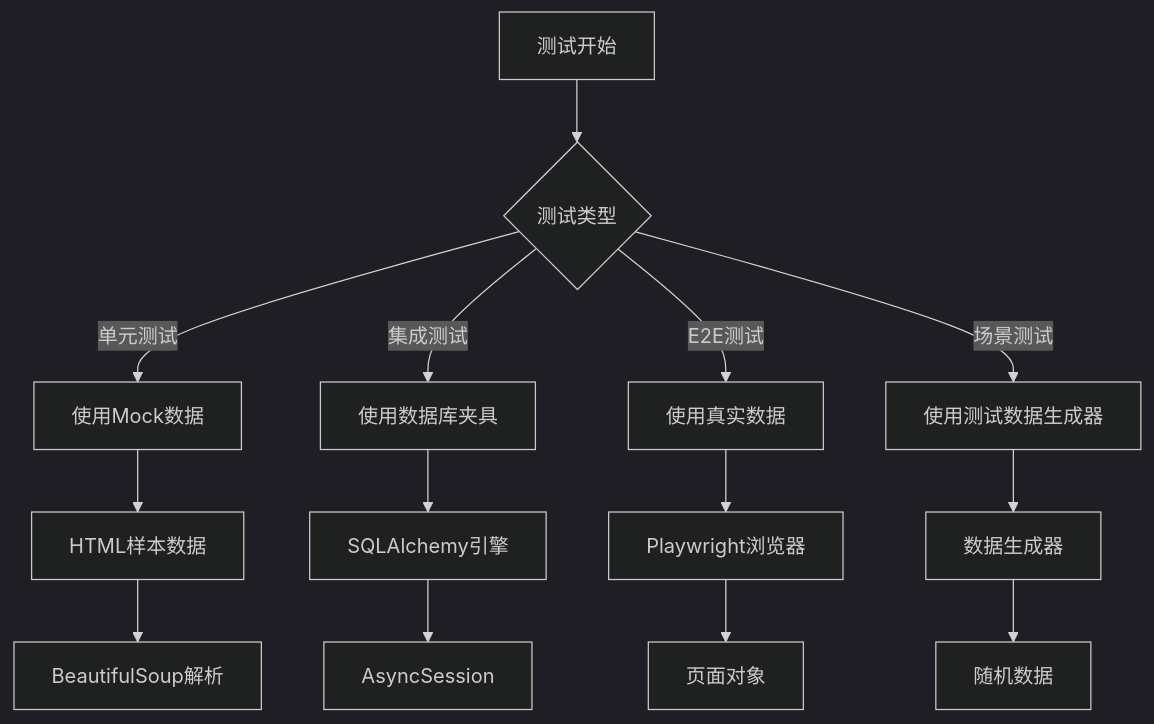
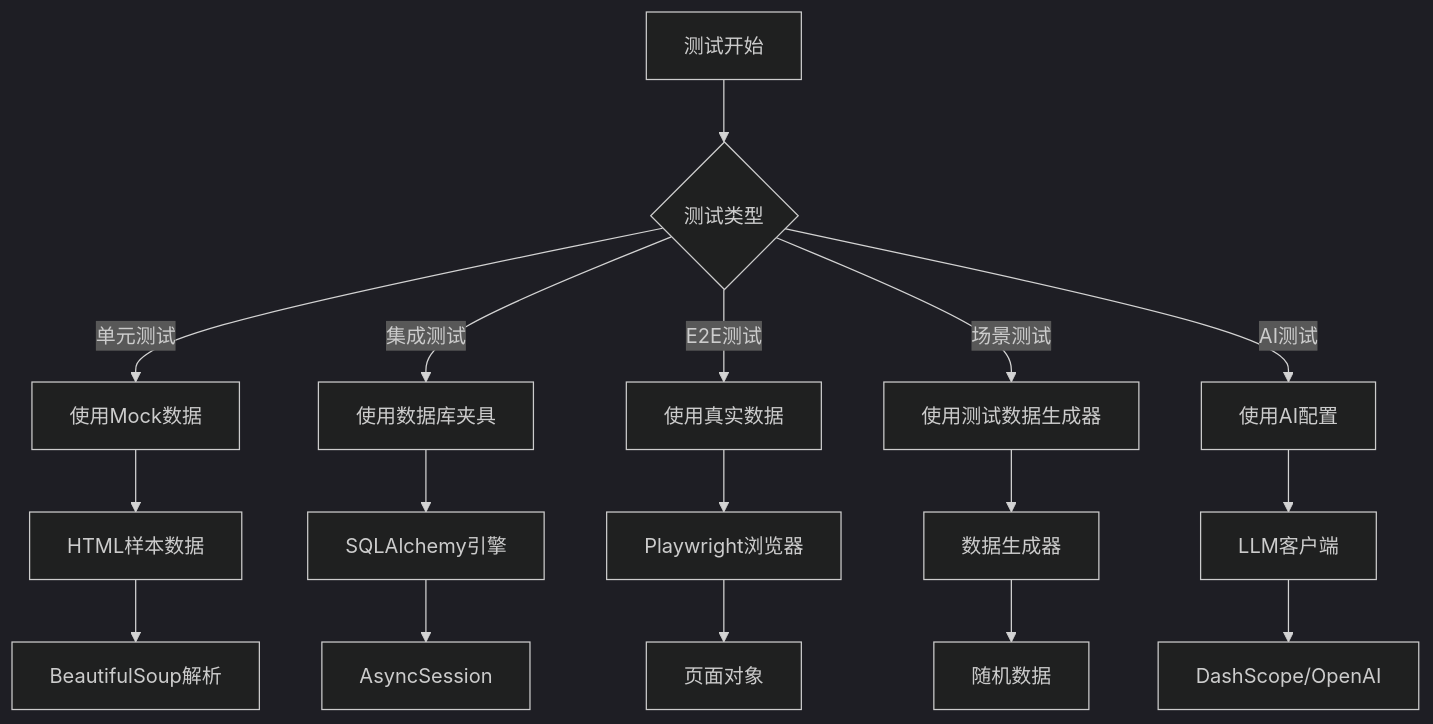
The sixth of 14 diagrams in .qoder/repowiki/zh/content/测试策略/自动化测试框架.md (xfbyxq/ai-novel-system), drawn with Mermaid (dark theme) before and after one commit. The commit also changed other lines of this file and 3 other files, not shown here.

````diff
--- a/.qoder/repowiki/zh/content/测试策略/自动化测试框架.md
+++ b/.qoder/repowiki/zh/content/测试策略/自动化测试框架.md
@@ -241,16 +313,19 @@
 ```mermaid
 flowchart TD
 A[测试开始] --> B{测试类型}
 B --> |单元测试| C[使用Mock数据]
 B --> |集成测试| D[使用数据库夹具]
 B --> |E2E测试| E[使用真实数据]
 B --> |场景测试| F[使用测试数据生成器]
-C --> G[HTML样本数据]
-D --> H[SQLAlchemy引擎]
-E --> I[Playwright浏览器]
-F --> J[数据生成器]
-G --> K[BeautifulSoup解析]
-H --> L[AsyncSession]
-I --> M[页面对象]
-J --> N[随机数据]
+B --> |AI测试| G[使用AI配置]
+C --> H[HTML样本数据]
+D --> I[SQLAlchemy引擎]
+E --> J[Playwright浏览器]
+F --> K[数据生成器]
+G --> L[LLM客户端]
+H --> M[BeautifulSoup解析]
+I --> N[AsyncSession]
+J --> O[页面对象]
+K --> P[随机数据]
+L --> Q[DashScope/OpenAI]
 ```
````
